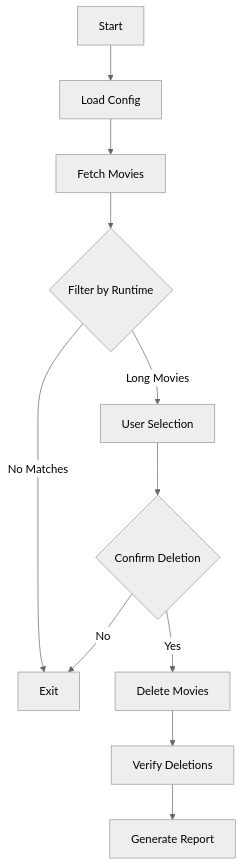
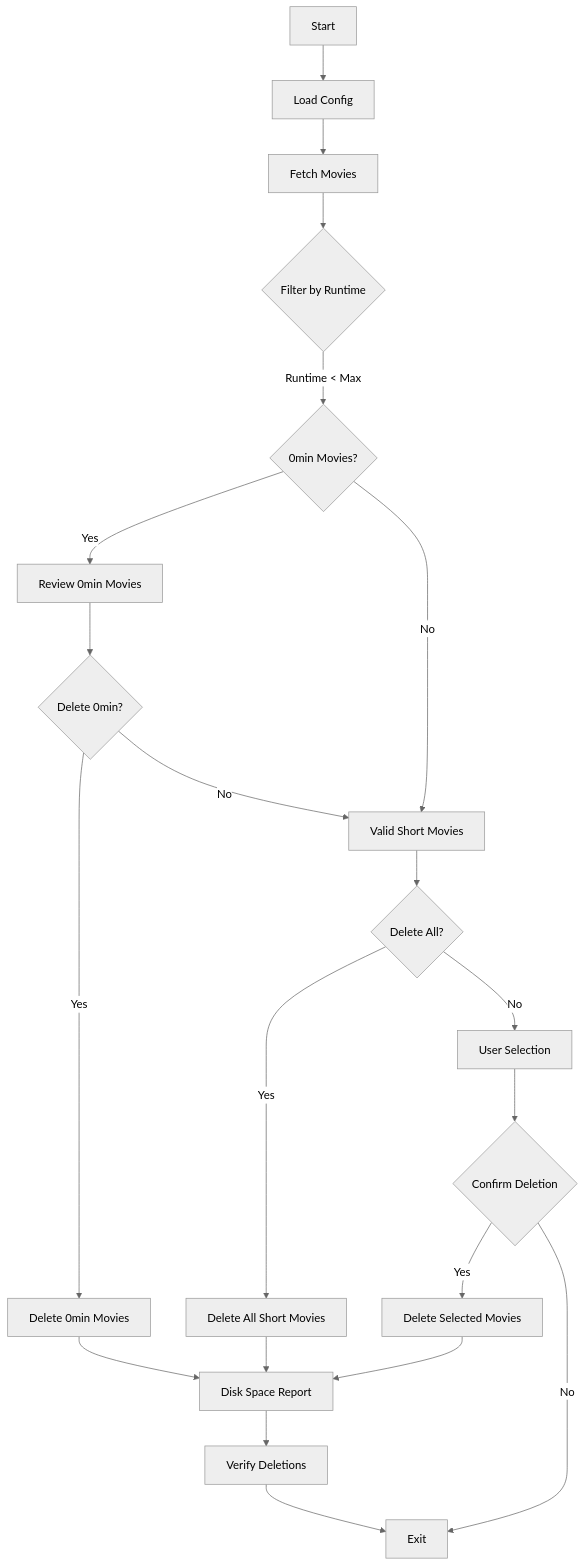
Before and after one commit to bizzkoot/radarr_cleanup: the diagram in README.md, drawn with Mermaid (neutral theme). The commit also changed other lines of this file and 4 other files, not shown here.

Commit message:
Refactored code, improved documentation, and added disk space reclaim reporting to the Radarr cleanup

````diff
--- a/README.md
+++ b/README.md
@@ -42,13 +42,23 @@
 ```mermaid
 graph TD
     A[Start] --> B[Load Config]
     B --> C[Fetch Movies]
     C --> D{Filter by Runtime}
-    D -->|Long Movies| E[User Selection]
-    D -->|No Matches| F[Exit]
-    E --> G{Confirm Deletion}
-    G -->|Yes| H[Delete Movies]
-    G -->|No| F
-    H --> I[Verify Deletions]
-    I --> J[Generate Report]
+    D -->|Runtime < Max| E{0min Movies?}
+    E -->|Yes| F[Review 0min Movies]
+    F --> G{Delete 0min?}
+    G -->|Yes| H[Delete 0min Movies]
+    G -->|No| I[Valid Short Movies]
+    E -->|No| I[Valid Short Movies]
+    I --> J{Delete All?}
+    J -->|Yes| K[Delete All Short Movies]
+    J -->|No| L[User Selection]
+    L --> M{Confirm Deletion}
+    M -->|Yes| N[Delete Selected Movies]
+    M -->|No| O[Exit]
+    H --> P[Disk Space Report]
+    K --> P
+    N --> P
+    P --> Q[Verify Deletions]
+    Q --> O[Exit]
 ```
````
